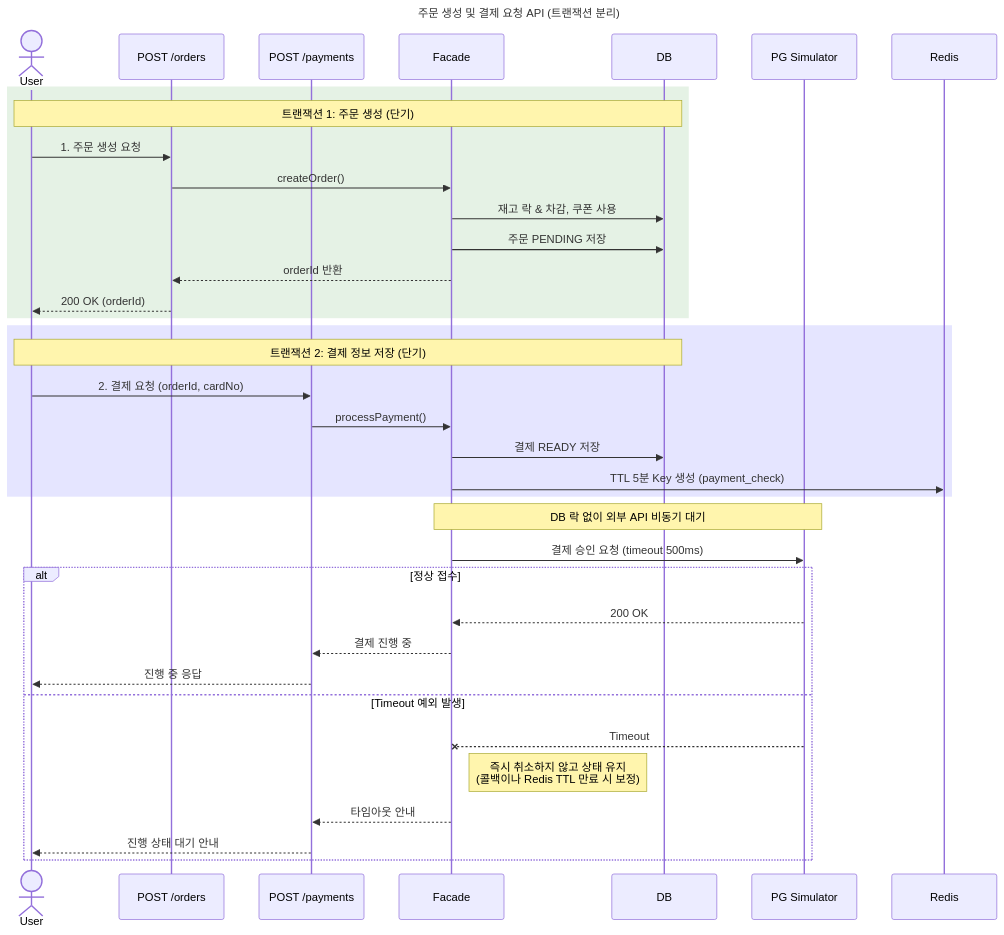
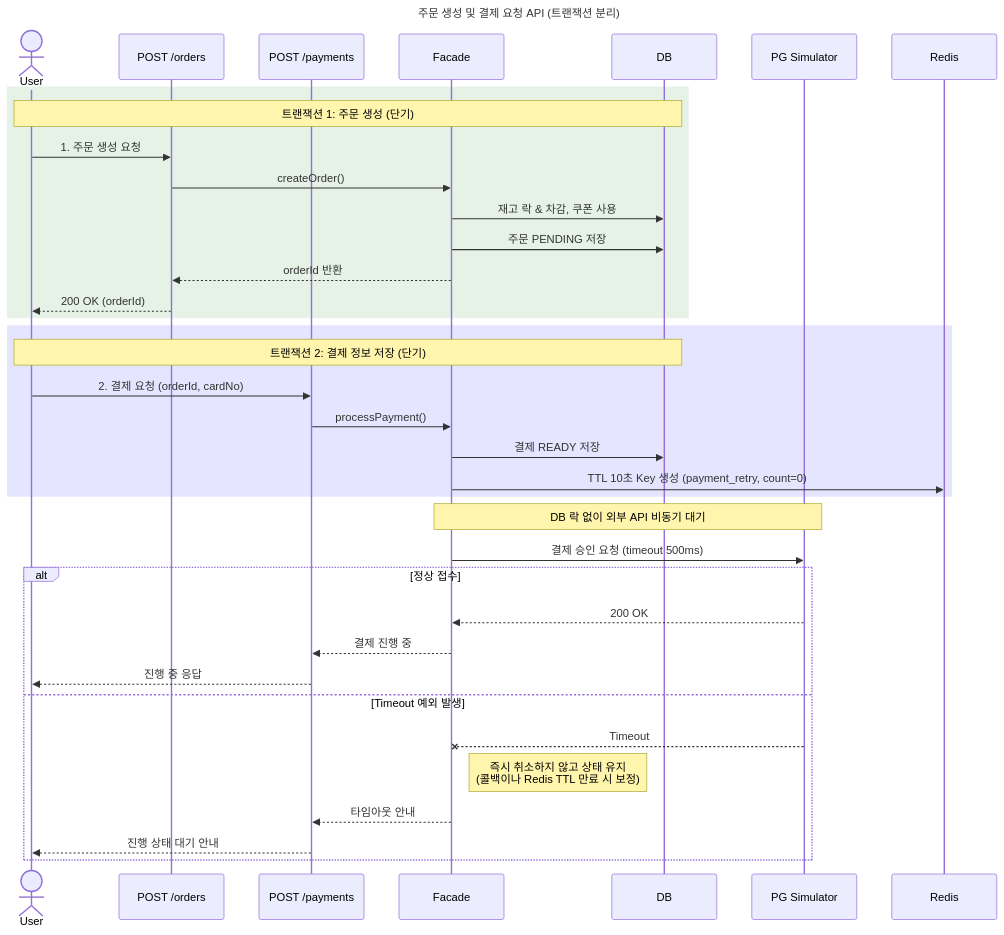
Before and after one commit to loopers-labs/loop-pack-be-l2-vol4-java: the first of 7 diagrams in docs/week2/02-sequence-diagrams.md, drawn with Mermaid. The commit also changed other lines of this file and 2 other files, not shown here.

````diff
--- a/docs/week2/02-sequence-diagrams.md
+++ b/docs/week2/02-sequence-diagrams.md
@@ -1,45 +1,45 @@
 ```mermaid
 sequenceDiagram
     title 주문 생성 및 결제 요청 API (트랜잭션 분리)
     actor User
     participant OrderAPI as POST /orders
     participant PaymentAPI as POST /payments
     participant Facade as Facade
     participant DB
     participant PG as PG Simulator
     participant Redis
 
     %% 1단계: 주문 생성
     rect rgba(0, 128, 0, 0.1)
         Note over User, DB: 트랜잭션 1: 주문 생성 (단기)
         User->>OrderAPI: 1. 주문 생성 요청
         OrderAPI->>Facade: createOrder()
         Facade->>DB: 재고 락 & 차감, 쿠폰 사용
         Facade->>DB: 주문 PENDING 저장
         Facade-->>OrderAPI: orderId 반환
         OrderAPI-->>User: 200 OK (orderId)
     end
 
     %% 2단계: 결제 요청
     rect rgba(0, 0, 255, 0.1)
         Note over User, DB: 트랜잭션 2: 결제 정보 저장 (단기)
         User->>PaymentAPI: 2. 결제 요청 (orderId, cardNo)
         PaymentAPI->>Facade: processPayment()
         Facade->>DB: 결제 READY 저장
-        Facade->>Redis: TTL 5분 Key 생성 (payment_check)
+        Facade->>Redis: TTL 10초 Key 생성 (payment_retry, count=0)
     end
     
     Note over Facade, PG: DB 락 없이 외부 API 비동기 대기
     Facade->>PG: 결제 승인 요청 (timeout 500ms)
     
     alt 정상 접수
         PG-->>Facade: 200 OK
         Facade-->>PaymentAPI: 결제 진행 중
         PaymentAPI-->>User: 진행 중 응답
     else Timeout 예외 발생
         PG--xFacade: Timeout
         Note right of Facade: 즉시 취소하지 않고 상태 유지<br>(콜백이나 Redis TTL 만료 시 보정)
         Facade-->>PaymentAPI: 타임아웃 안내
         PaymentAPI-->>User: 진행 상태 대기 안내
     end
 ```
````
